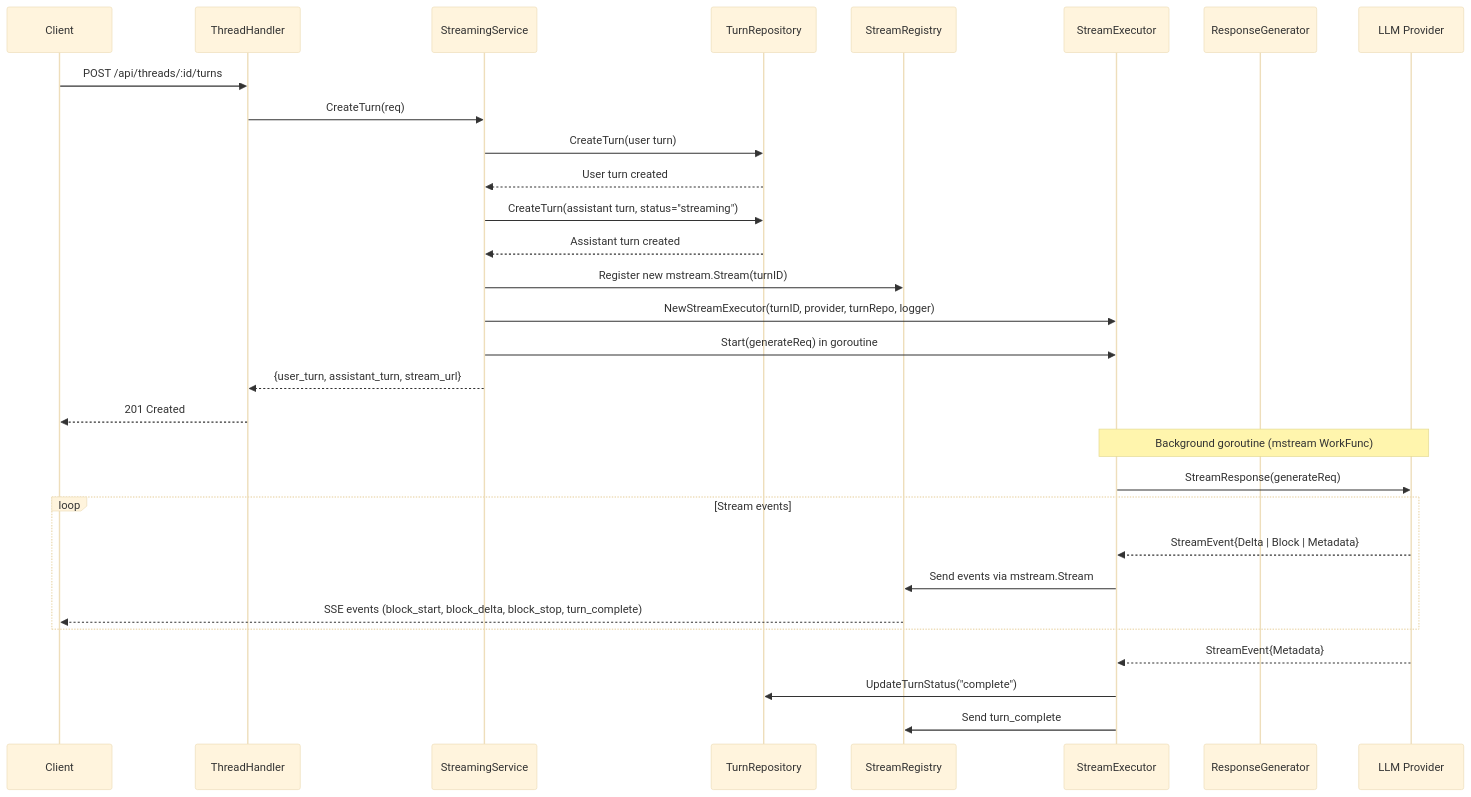
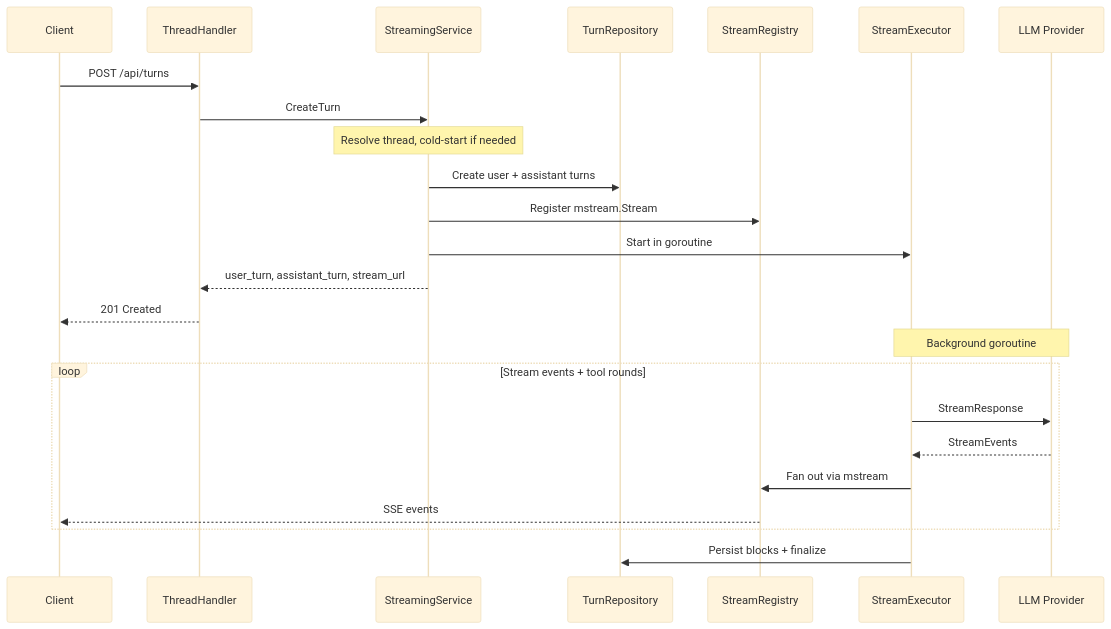
The second of 3 diagrams in _docs/technical/backend/architecture/service-layer.md (haowjy/meridian-flow), drawn with Mermaid (base theme) before and after one commit. The commit also changed other lines of this file and 62 other files, not shown here.

````diff
--- a/_docs/technical/backend/architecture/service-layer.md
+++ b/_docs/technical/backend/architecture/service-layer.md
@@ -133,41 +52,32 @@
 ```mermaid
 sequenceDiagram
     participant Client
     participant Handler as ThreadHandler
     participant Stream as StreamingService
     participant Turn as TurnRepository
     participant Registry as StreamRegistry
     participant Executor as StreamExecutor
-    participant Generator as ResponseGenerator
     participant Provider as LLM Provider
 
-    Client->>Handler: POST /api/threads/:id/turns
-    Handler->>Stream: CreateTurn(req)
+    Client->>Handler: POST /api/turns
+    Handler->>Stream: CreateTurn
 
-    Stream->>Turn: CreateTurn(user turn)
-    Turn-->>Stream: User turn created
+    Note over Stream: Resolve thread, cold-start if needed
+    Stream->>Turn: Create user + assistant turns
+    Stream->>Registry: Register mstream.Stream
+    Stream->>Executor: Start in goroutine
 
-    Stream->>Turn: CreateTurn(assistant turn, status="streaming")
-    Turn-->>Stream: Assistant turn created
-
-    Stream->>Registry: Register new mstream.Stream(turnID)
-    Stream->>Executor: NewStreamExecutor(turnID, provider, turnRepo, logger)
-    Stream->>Executor: Start(generateReq) in goroutine
-
-    Stream-->>Handler: {user_turn, assistant_turn, stream_url}
+    Stream-->>Handler: user_turn, assistant_turn, stream_url
     Handler-->>Client: 201 Created
 
-    Note over Executor,Provider: Background goroutine (mstream WorkFunc)
+    Note over Executor,Provider: Background goroutine
 
-    Executor->>Provider: StreamResponse(generateReq)
-
-    loop Stream events
-        Provider-->>Executor: StreamEvent{Delta | Block | Metadata}
-        Executor->>Registry: Send events via mstream.Stream
-        Registry-->>Client: SSE events (block_start, block_delta, block_stop, turn_complete)
+    loop Stream events + tool rounds
+        Executor->>Provider: StreamResponse
+        Provider-->>Executor: StreamEvents
+        Executor->>Registry: Fan out via mstream
+        Registry-->>Client: SSE events
     end
 
-    Provider-->>Executor: StreamEvent{Metadata}
-    Executor->>Turn: UpdateTurnStatus("complete")
-    Executor->>Registry: Send turn_complete
+    Executor->>Turn: Persist blocks + finalize
 ```
````
